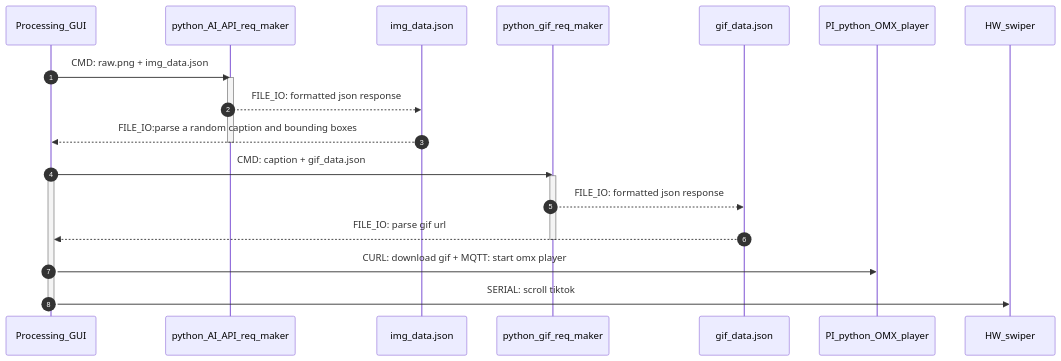
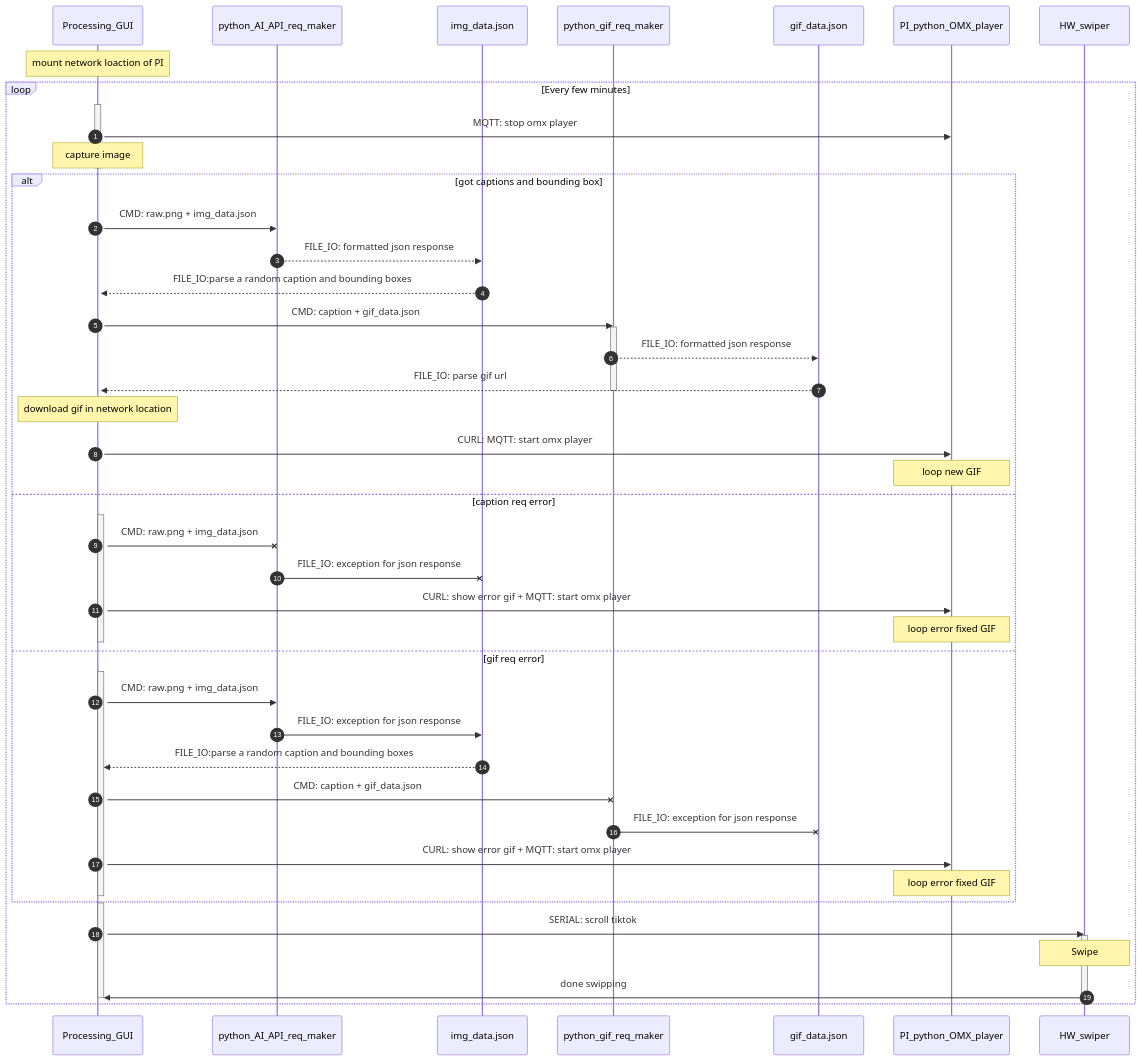
Before and after one commit to dattasaurabh82/memtic_self: the diagram in README.md, drawn with Mermaid.

Commit message:
system archi verview in readme

````diff
--- a/README.md
+++ b/README.md
@@ -14,21 +14,79 @@
     participant PI_python_OMX_player
     participant HW_swiper
 
+    Note over Processing_GUI: mount network loaction of PI
+    loop Every few minutes
+        activate Processing_GUI
+
+        Processing_GUI->>PI_python_OMX_player:  MQTT: stop omx player
+
+        Note over Processing_GUI: capture image
+        
+        
+        deactivate Processing_GUI
+        alt got captions and bounding box
+            activate Processing_GUI
+
+            Processing_GUI->>python_AI_API_req_maker: CMD: raw.png + img_data.json
+
+            python_AI_API_req_maker-->>img_data.json: FILE_IO: formatted json response
+            
+            img_data.json-->>Processing_GUI: FILE_IO:parse a random caption and bounding boxes
+            
+            Processing_GUI->>python_gif_req_maker: CMD: caption + gif_data.json
+
+            activate python_gif_req_maker
+
+            python_gif_req_maker-->>gif_data.json: FILE_IO: formatted json response
+
+            gif_data.json-->>Processing_GUI: FILE_IO: parse gif url
+
+            deactivate python_gif_req_maker
+
+            Note over Processing_GUI: download gif in network location
+
+            Processing_GUI->>PI_python_OMX_player: CURL: MQTT: start omx player 
+
+            Note over PI_python_OMX_player: loop new GIF
+        else caption req error
+            activate Processing_GUI
+
+            Processing_GUI-xpython_AI_API_req_maker: CMD: raw.png + img_data.json
+            
+            python_AI_API_req_maker-ximg_data.json: FILE_IO: exception for json response
+            
+            Processing_GUI->>PI_python_OMX_player: CURL: show error gif + MQTT: start omx player 
+
+            Note over PI_python_OMX_player: loop error fixed GIF
+
+            deactivate Processing_GUI
+        else gif req error
+            activate Processing_GUI
+
+            Processing_GUI->>python_AI_API_req_maker: CMD: raw.png + img_data.json
+            
+            python_AI_API_req_maker->>img_data.json: FILE_IO: exception for json response
+
+            img_data.json-->>Processing_GUI: FILE_IO:parse a random caption and bounding boxes
+            
+            Processing_GUI-xpython_gif_req_maker: CMD: caption + gif_data.json
+
+            python_gif_req_maker-xgif_data.json: FILE_IO: exception for json response
+
+            Processing_GUI->>PI_python_OMX_player: CURL: show error gif + MQTT: start omx player 
+
+            Note over PI_python_OMX_player: loop error fixed GIF
+
+            deactivate Processing_GUI
+        end
+
+        activate Processing_GUI
+        Processing_GUI->>HW_swiper: SERIAL: scroll tiktok
+        activate HW_swiper
+        Note over HW_swiper: Swipe
+        HW_swiper->>Processing_GUI: done swipping
+        deactivate HW_swiper
+        deactivate Processing_GUI
+    end
     
-    Processing_GUI->>python_AI_API_req_maker: CMD: raw.png + img_data.json
-    activate python_AI_API_req_maker
-    python_AI_API_req_maker-->>img_data.json: FILE_IO: formatted json response
-    img_data.json-->>Processing_GUI: FILE_IO:parse a random caption and bounding boxes
-    deactivate python_AI_API_req_maker
-    
-    
-    Processing_GUI->>python_gif_req_maker: CMD: caption + gif_data.json
-    activate Processing_GUI
-    activate python_gif_req_maker
-    python_gif_req_maker-->>gif_data.json: FILE_IO: formatted json response
-    gif_data.json-->>Processing_GUI: FILE_IO: parse gif url
-    deactivate python_gif_req_maker
-    Processing_GUI->>PI_python_OMX_player: CURL: download gif + MQTT: start omx player 
-    Processing_GUI->>HW_swiper: SERIAL: scroll tiktok
-    deactivate Processing_GUI
 ```
````
